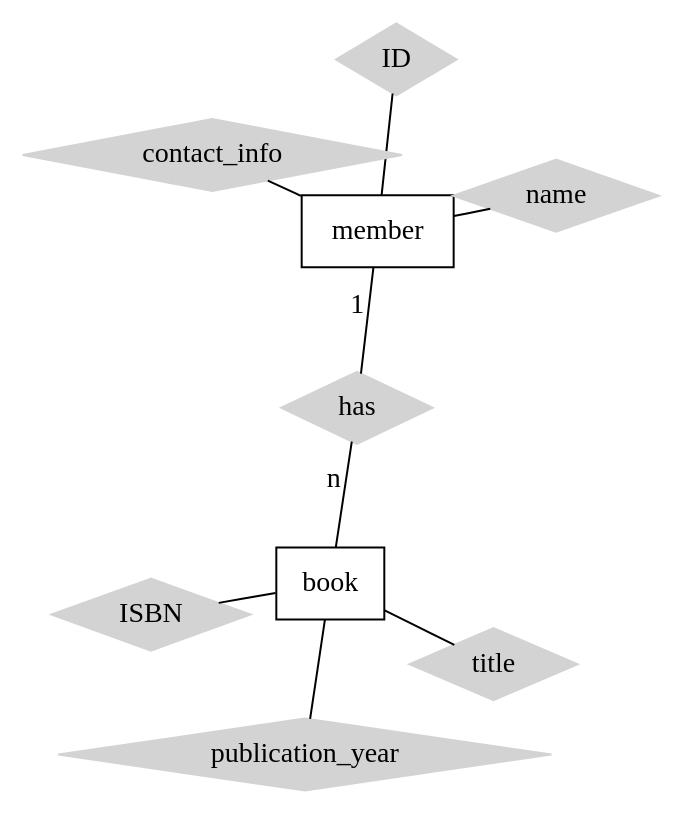
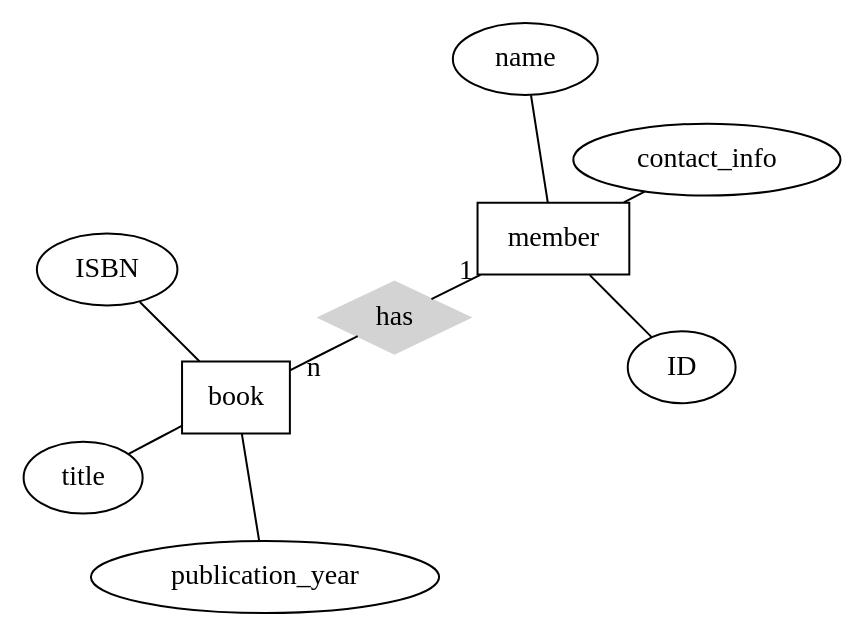
One commit to cmsc-vcu/cmsc508-fa2023-hw2-Austincahall changed the first of 2 diagrams in hw2/README.qmd. Above: the diagram before and after it, drawn with Graphviz. The commit also changed other lines of this file and 3 other files, not shown here.

````diff
--- a/hw2/README.qmd
+++ b/hw2/README.qmd
@@ -20,23 +20,23 @@
 ```{dot}
 //| echo: false
 graph ER {
     layout=neato;
   scale=1.1;
     node [shape=box]; book; member; 
-    node [shape=ellipse];
+    node [shape=ellipse] ID; name; contact_info; ISBN; title; publication_year; 
     node [shape=diamond,style=filled,color=lightgrey]; has
     
     member -- has [label="1",len=1.00]
     has -- book [label="n",len=1.00]
     
     member -- ID
     member --name
     member -- contact_info
    
     book -- ISBN
     book -- title
     book -- publication_year
      
   
 }
 ```
````
